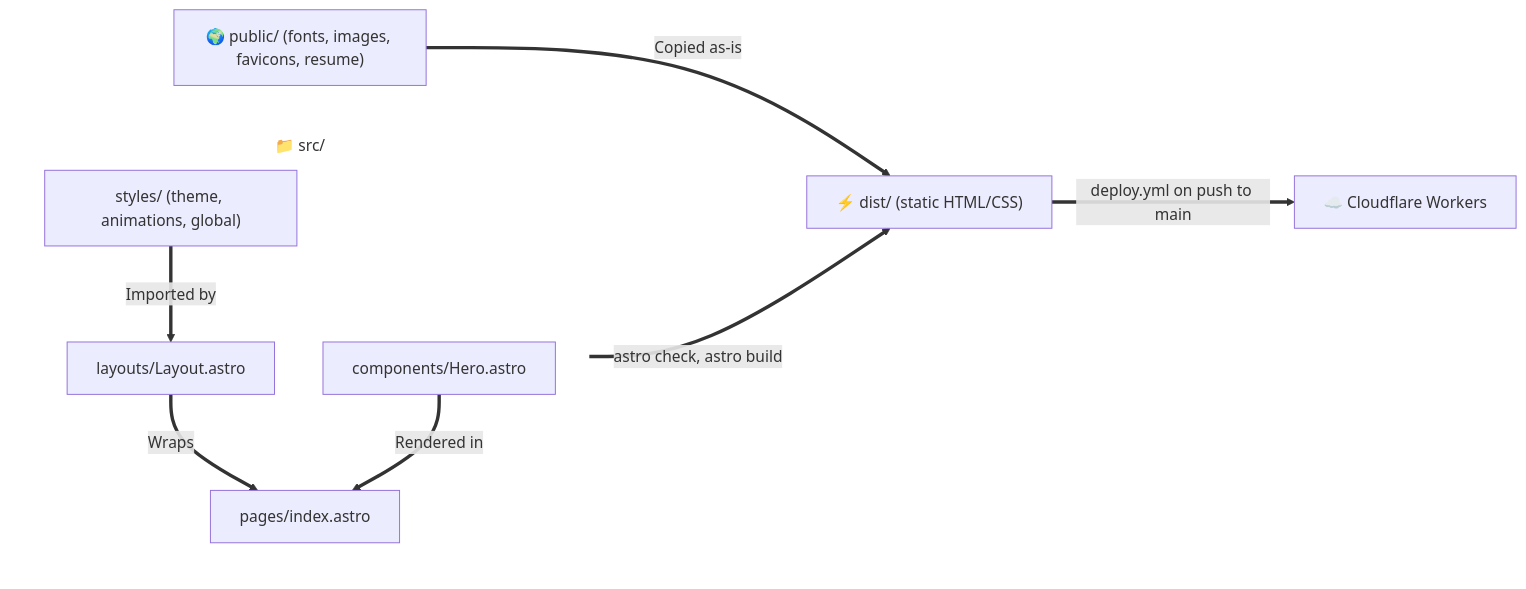
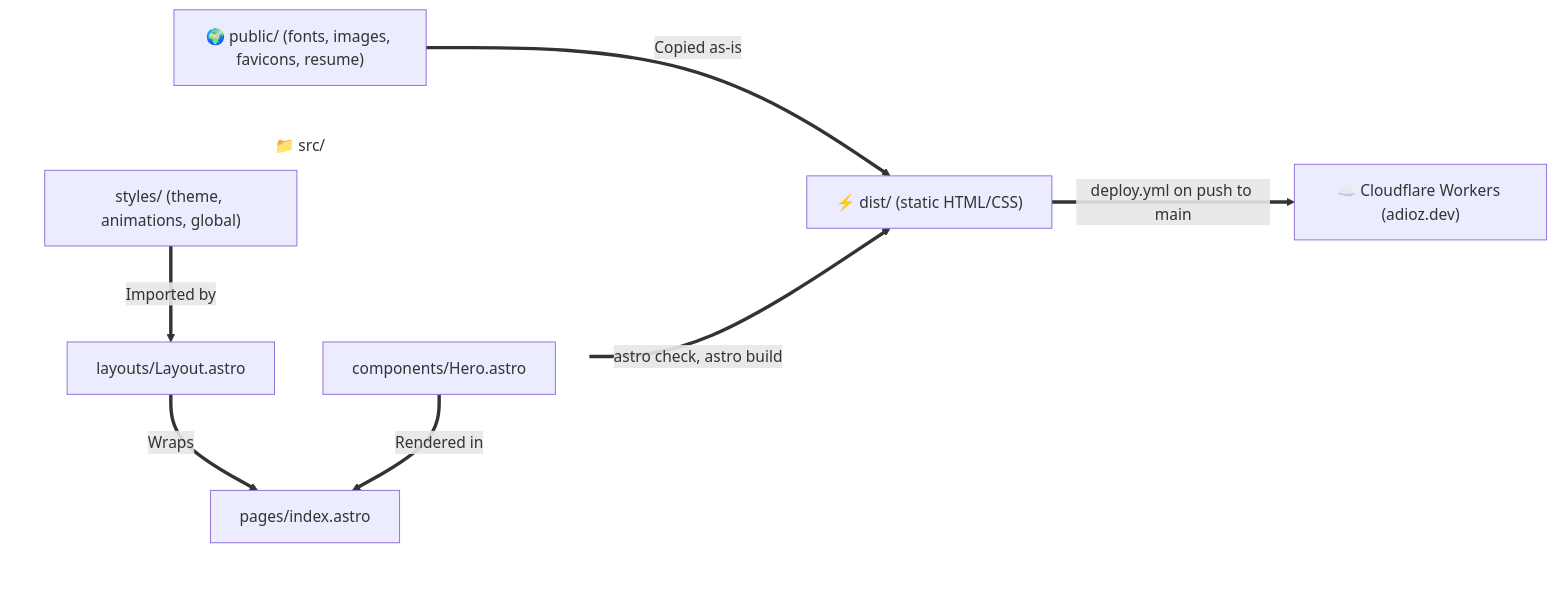
One commit to adiozeshitemi/adioz-profile changed the diagram in docs/architecture.md. Above: the diagram before and after it, drawn with Mermaid. The commit also changed other lines of this file and 2 other files, not shown here.

First line of the commit message:
docs: document the adioz.dev custom domain

````diff
--- a/docs/architecture.md
+++ b/docs/architecture.md
@@ -9,23 +9,23 @@
 ```mermaid
 flowchart LR
     %% Define invisible styling for subgraphs to remove backgrounds and borders
     classDef transparent fill:none,stroke:none;
 
     subgraph Src ["📁 src/"]
         direction TB
         Styles["styles/ (theme, animations, global)"]
         Layout["layouts/Layout.astro"]
         Hero["components/Hero.astro"]
         Page["pages/index.astro"]
     end
 
     Styles ==>|Imported by| Layout
     Layout ==>|Wraps| Page
     Hero ==>|Rendered in| Page
     Page ==>|astro check, astro build| Dist["⚡ dist/ (static HTML/CSS)"]
     Public["🌍 public/ (fonts, images, favicons, resume)"] ==>|Copied as-is| Dist
-    Dist ==>|deploy.yml on push to main| Workers["☁️ Cloudflare Workers"]
+    Dist ==>|deploy.yml on push to main| Workers["☁️ Cloudflare Workers (adioz.dev)"]
 
     %% Apply transparent class to subgraphs
     class Src transparent;
 ```
````
